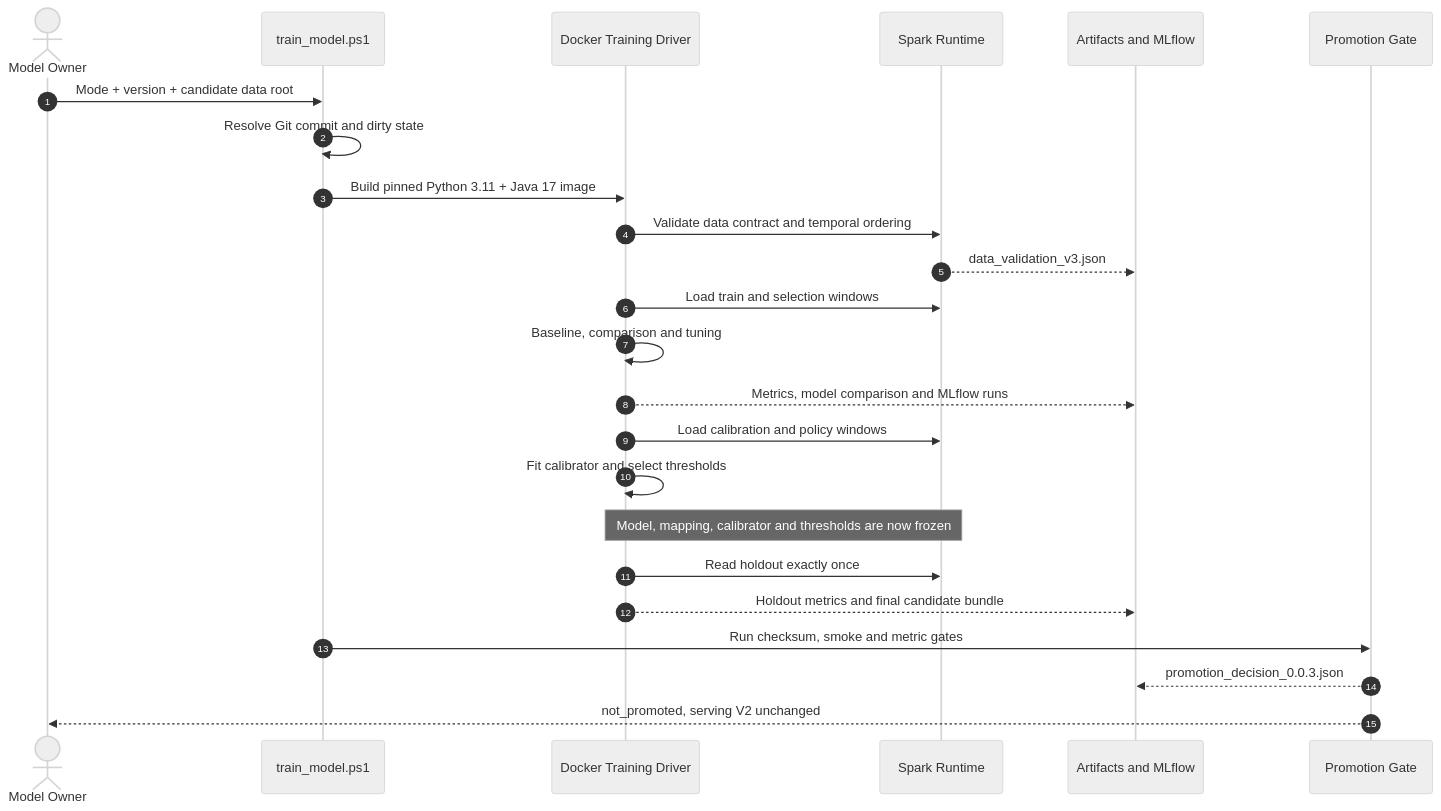
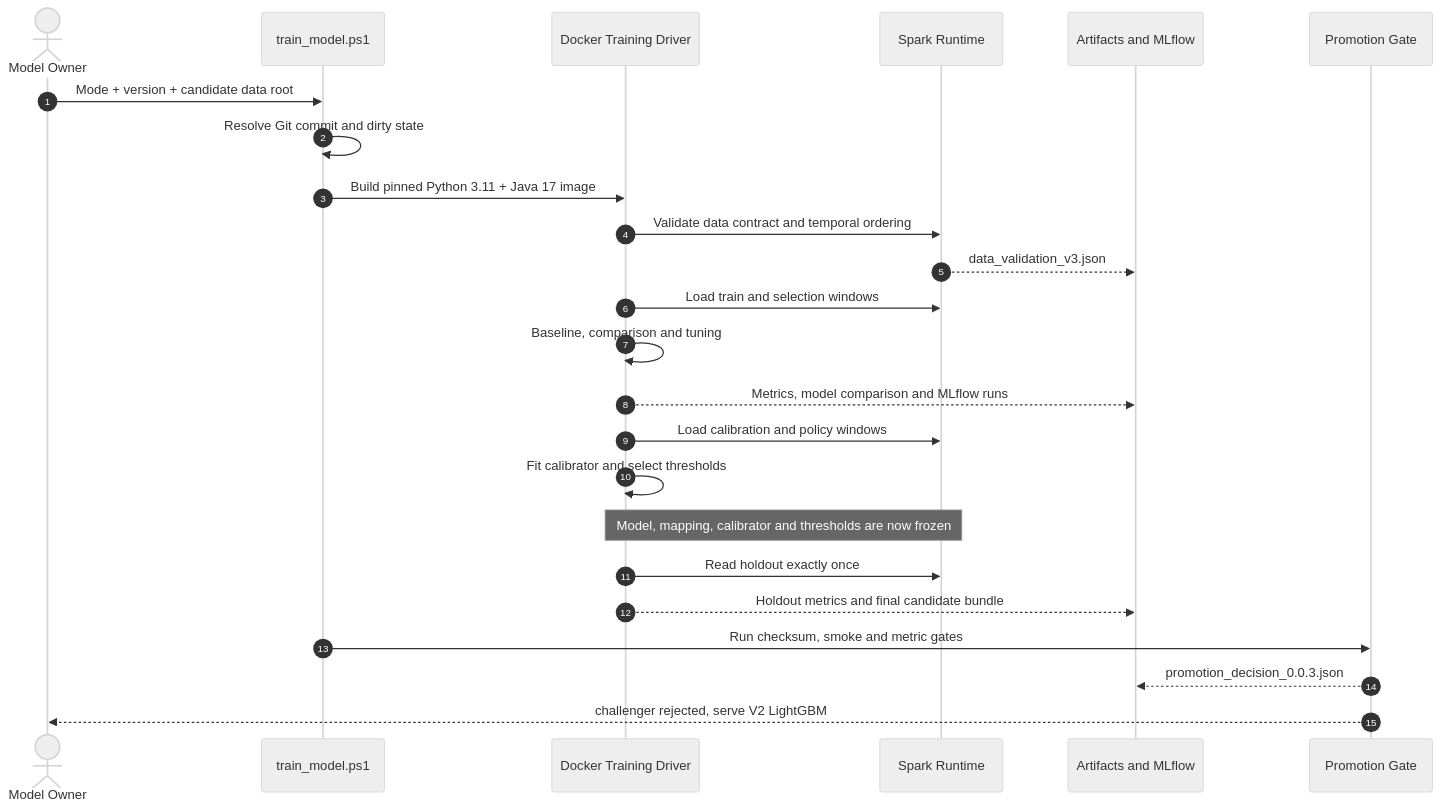
The sixth of 9 diagrams in docs/ARCHITECTURE_DIAGRAMS.md (RocketUp-Team/Fraud-Detection-Score-Risk), drawn with Mermaid (neutral theme) before and after one commit. The commit also changed other lines of this file and 14 other files, not shown here.

First line of the commit message:
Add Best Model V2 Serving Diagram and Update Documentation

````diff
--- a/docs/ARCHITECTURE_DIAGRAMS.md
+++ b/docs/ARCHITECTURE_DIAGRAMS.md
@@ -317,27 +318,27 @@
 ```mermaid
 sequenceDiagram
     autonumber
     actor Owner as Model Owner
     participant Script as train_model.ps1
     participant Driver as Docker Training Driver
     participant Spark as Spark Runtime
     participant Store as Artifacts and MLflow
     participant Gate as Promotion Gate
 
     Owner->>Script: Mode + version + candidate data root
     Script->>Script: Resolve Git commit and dirty state
     Script->>Driver: Build pinned Python 3.11 + Java 17 image
     Driver->>Spark: Validate data contract and temporal ordering
     Spark-->>Store: data_validation_v3.json
     Driver->>Spark: Load train and selection windows
     Driver->>Driver: Baseline, comparison and tuning
     Driver-->>Store: Metrics, model comparison and MLflow runs
     Driver->>Spark: Load calibration and policy windows
     Driver->>Driver: Fit calibrator and select thresholds
     Note over Driver,Spark: Model, mapping, calibrator and thresholds are now frozen
     Driver->>Spark: Read holdout exactly once
     Driver-->>Store: Holdout metrics and final candidate bundle
     Script->>Gate: Run checksum, smoke and metric gates
     Gate-->>Store: promotion_decision_0.0.3.json
-    Gate-->>Owner: not_promoted, serving V2 unchanged
+    Gate-->>Owner: challenger rejected, serve V2 LightGBM
 ```
````
